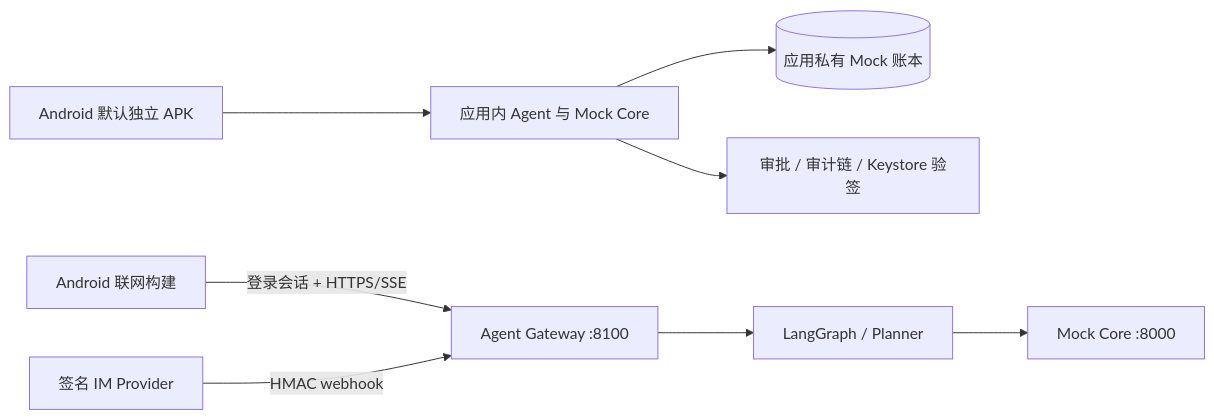
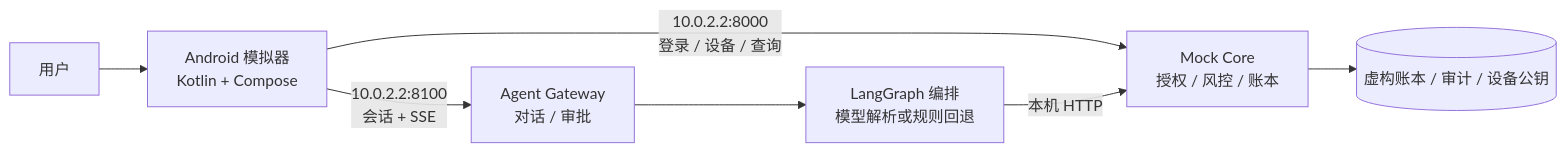
The diagram in README.md (Zagadka-3906/ai-banking-agent), drawn with Mermaid before and after one commit. The commit also changed other lines of this file and 136 other files, not shown here.

Commit message:
chore: focus demo on local core and Android emulator

````diff
--- a/README.md
+++ b/README.md
@@ -38,10 +24,9 @@
 ```mermaid
 flowchart LR
-    A[Android 默认独立 APK] --> O[应用内 Agent 与 Mock Core]
-    O --> L[(应用私有 Mock 账本)]
-    O --> K[审批 / 审计链 / Keystore 验签]
-    N[Android 联网构建] -->|登录会话 + HTTPS/SSE| G[Agent Gateway :8100]
-    I[签名 IM Provider] -->|HMAC webhook| G
-    G --> P[LangGraph / Planner]
-    P --> C[Mock Core :8000]
+    U[用户] --> A[Android 模拟器<br/>Kotlin + Compose]
+    A -->|10.0.2.2:8100<br/>会话 + SSE| G[Agent Gateway<br/>对话 / 审批]
+    A -->|10.0.2.2:8000<br/>登录 / 设备 / 查询| C[Mock Core<br/>授权 / 风控 / 账本]
+    G --> P[LangGraph 编排<br/>模型解析或规则回退]
+    P -->|本机 HTTP| C
+    C --> L[(虚构账本 / 审计 / 设备公钥)]
 ```
````
